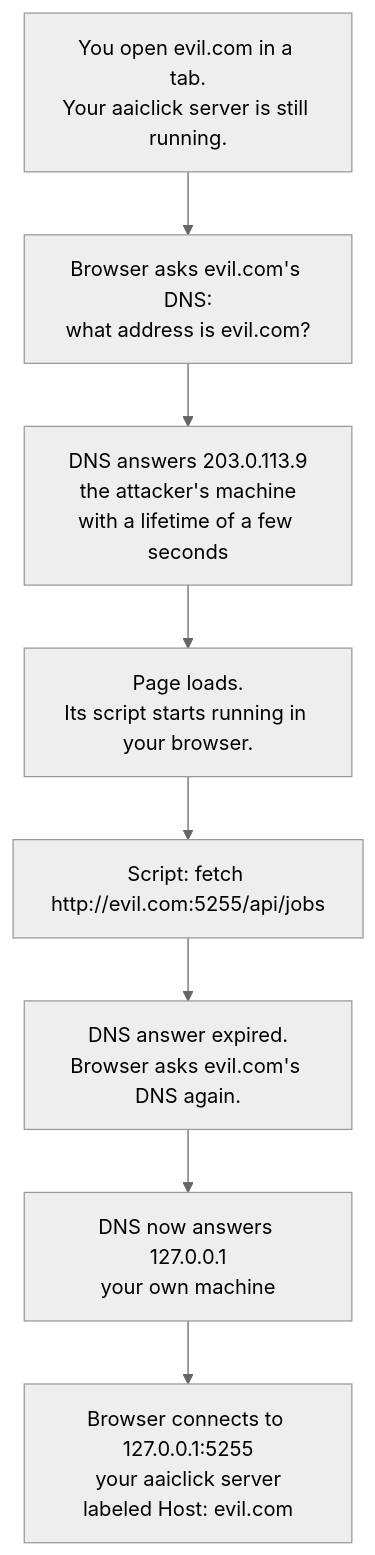
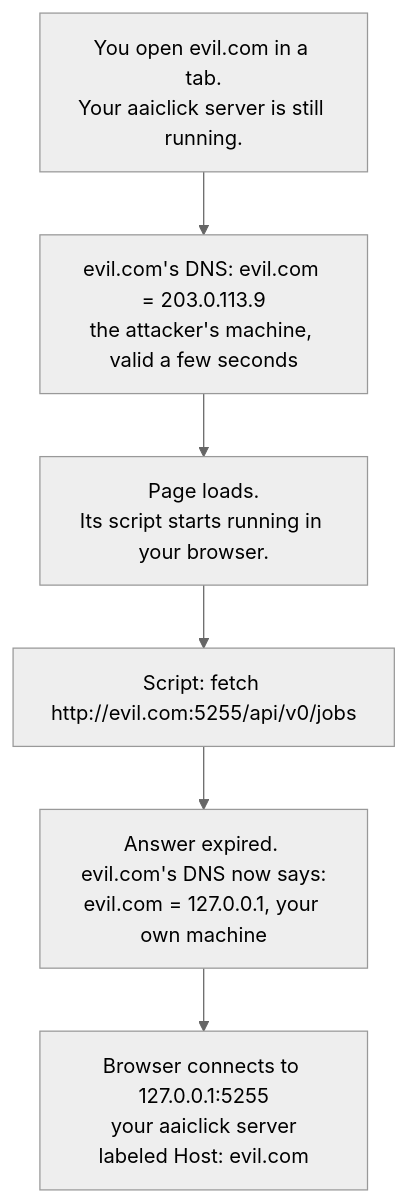
The second of 4 diagrams in docs/user_guide/dns_rebinding.md (kolodkin/aaiclick), drawn with Mermaid (neutral theme) before and after one commit. The commit also changed other lines of this file and 1 other file, not shown here.

Commit message:
docs: tighten the DNS rebinding page after review
Fix the API path in the attack diagram, merge the DNS lookup steps,
align the allowed-hosts example with the orchestration guide, and stop
restating the guard rule in the auth design doc.

Claude-Session: https://claude.ai/code/session_01LcC1uCN274pb3yqGDEsvjZ

````diff
--- a/docs/user_guide/dns_rebinding.md
+++ b/docs/user_guide/dns_rebinding.md
@@ -23,10 +23,8 @@
 ```mermaid
 flowchart TD
-    A[You open evil.com in a tab.<br>Your aaiclick server is still running.] --> B[Browser asks evil.com's DNS:<br>what address is evil.com?]
-    B --> C[DNS answers 203.0.113.9<br>the attacker's machine<br>with a lifetime of a few seconds]
-    C --> D[Page loads.<br>Its script starts running in your browser.]
-    D --> E[Script: fetch http://evil.com:5255/api/jobs]
-    E --> F[DNS answer expired.<br>Browser asks evil.com's DNS again.]
-    F --> G[DNS now answers 127.0.0.1<br>your own machine]
-    G --> H[Browser connects to 127.0.0.1:5255<br>your aaiclick server<br>labeled Host: evil.com]
+    A[You open evil.com in a tab.<br>Your aaiclick server is still running.] --> B[evil.com's DNS: evil.com = 203.0.113.9<br>the attacker's machine, valid a few seconds]
+    B --> C[Page loads.<br>Its script starts running in your browser.]
+    C --> D[Script: fetch http://evil.com:5255/api/v0/jobs]
+    D --> E[Answer expired. evil.com's DNS now says:<br>evil.com = 127.0.0.1, your own machine]
+    E --> F[Browser connects to 127.0.0.1:5255<br>your aaiclick server<br>labeled Host: evil.com]
 ```
````
